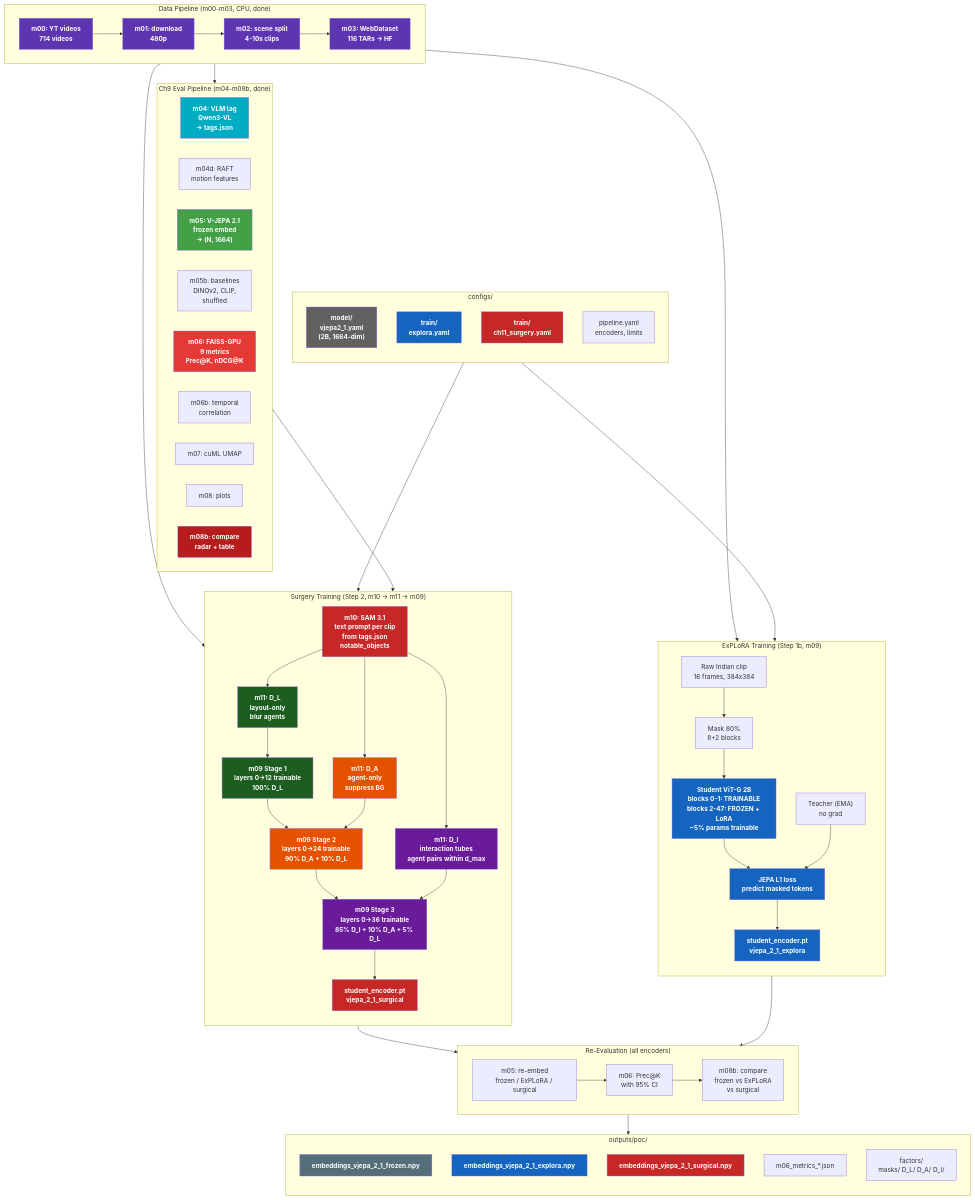
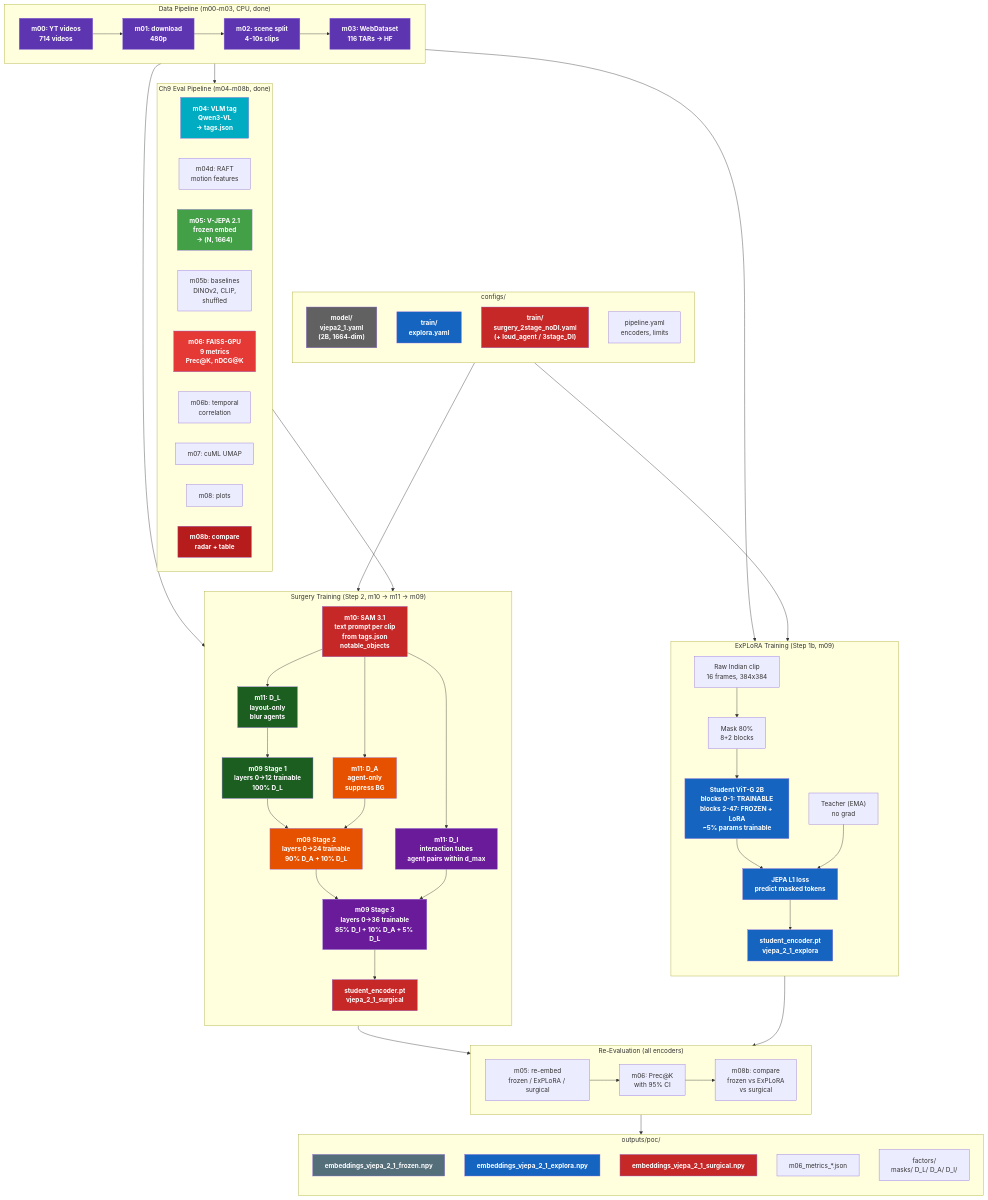
One commit to kapilw25/factorjepa changed the first of 4 diagrams in iter/iter11/plan_training.md. Above: the diagram before and after it, drawn with Mermaid. The commit also changed other lines of this file and 54 other files, not shown here.

```diff
--- a/iter/iter11/plan_training.md
+++ b/iter/iter11/plan_training.md
@@ -62,7 +68,7 @@
         direction TB
         MODEL["model/<br>vjepa2_1.yaml<br>(2B, 1664-dim)"]
         TRAIN_E["train/<br>explora.yaml"]
-        TRAIN_S["train/<br>ch11_surgery.yaml"]
+        TRAIN_S["train/<br>surgery_2stage_noDI.yaml<br>(+ loud_agent / 3stage_DI)"]
         PIPE["pipeline.yaml<br>encoders, limits"]
     end
 
```
